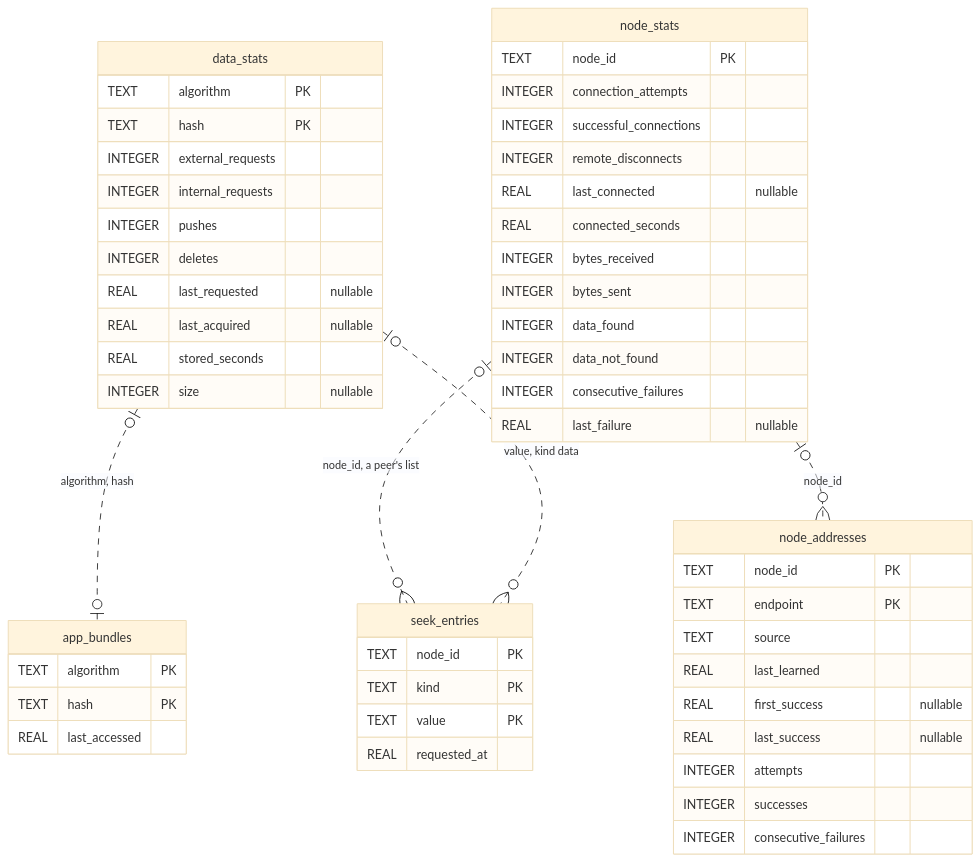
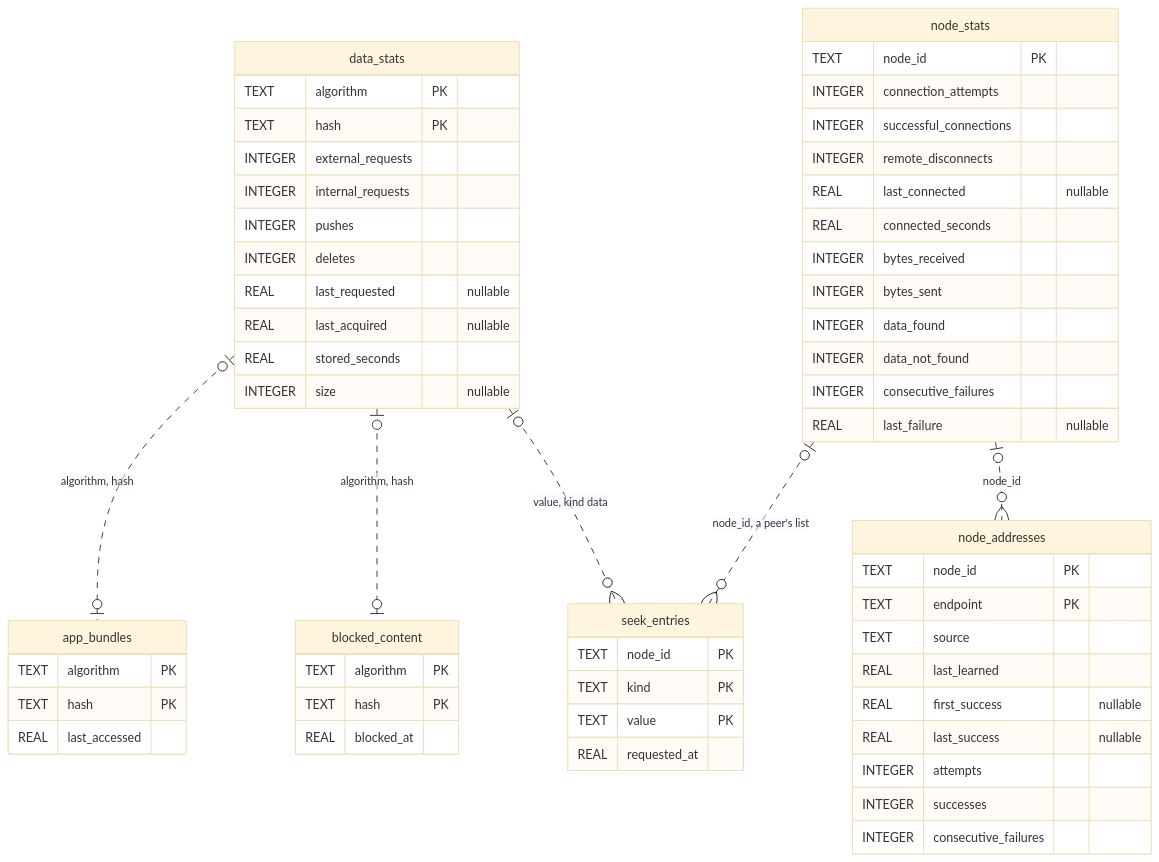
Before and after one commit to marcpage/libranet: the diagram in docs/implementation/Database Schema.md, drawn with Mermaid (base theme). The commit also changed other lines of this file and 33 other files, not shown here.

````diff
--- a/docs/implementation/Database Schema.md
+++ b/docs/implementation/Database Schema.md
@@ -125,55 +127,61 @@
 ```mermaid
 erDiagram
     data_stats {
         TEXT algorithm PK
         TEXT hash PK
         INTEGER external_requests
         INTEGER internal_requests
         INTEGER pushes
         INTEGER deletes
         REAL last_requested "nullable"
         REAL last_acquired "nullable"
         REAL stored_seconds
         INTEGER size "nullable"
     }
     app_bundles {
         TEXT algorithm PK
         TEXT hash PK
         REAL last_accessed
     }
     node_stats {
         TEXT node_id PK
         INTEGER connection_attempts
         INTEGER successful_connections
         INTEGER remote_disconnects
         REAL last_connected "nullable"
         REAL connected_seconds
         INTEGER bytes_received
         INTEGER bytes_sent
         INTEGER data_found
         INTEGER data_not_found
         INTEGER consecutive_failures
         REAL last_failure "nullable"
     }
     node_addresses {
         TEXT node_id PK
         TEXT endpoint PK
         TEXT source
         REAL last_learned
         REAL first_success "nullable"
         REAL last_success "nullable"
         INTEGER attempts
         INTEGER successes
         INTEGER consecutive_failures
     }
     seek_entries {
         TEXT node_id PK
         TEXT kind PK
         TEXT value PK
         REAL requested_at
     }
+    blocked_content {
+        TEXT algorithm PK
+        TEXT hash PK
+        REAL blocked_at
+    }
     node_stats |o..o{ node_addresses : "node_id"
     node_stats |o..o{ seek_entries : "node_id, a peer's list"
     data_stats |o..o| app_bundles : "algorithm, hash"
     data_stats |o..o{ seek_entries : "value, kind data"
+    data_stats |o..o| blocked_content : "algorithm, hash"
 ```
````
